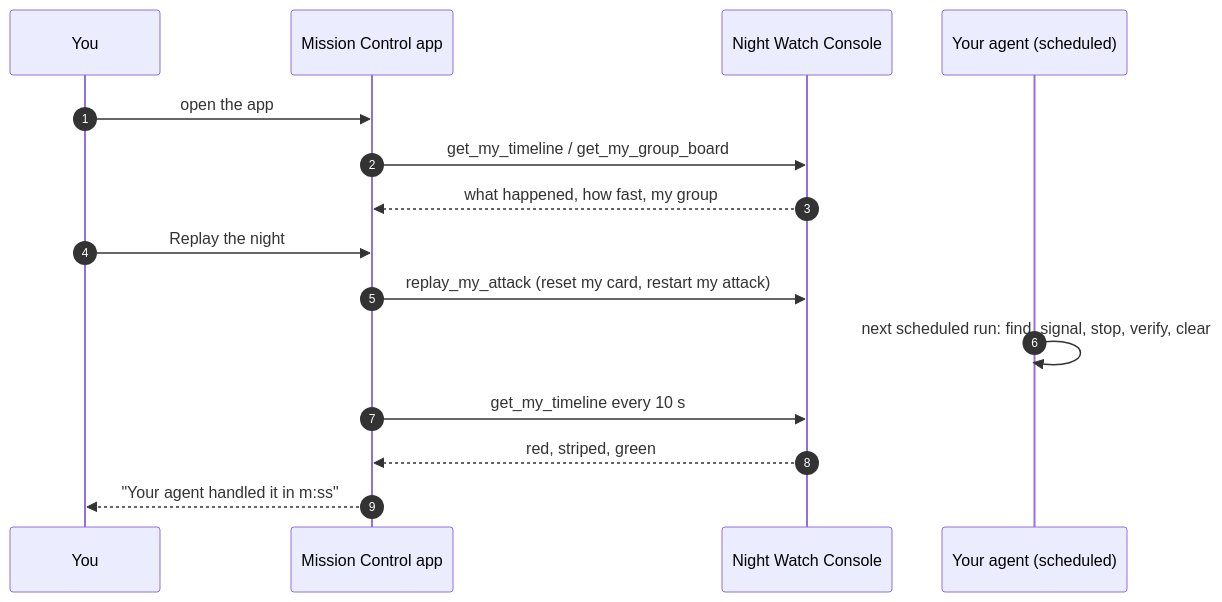
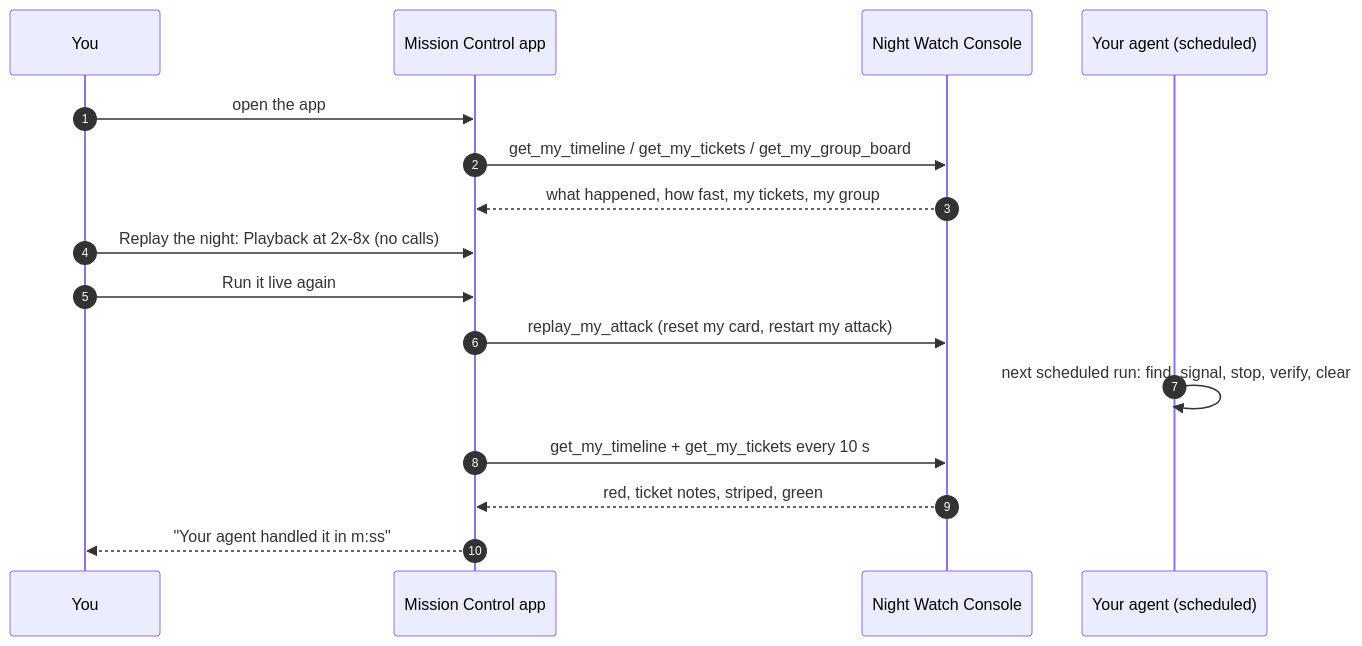
The diagram in docs/part3/index.md (mokuma56/cloud-control-agent-lab-guide), drawn with Mermaid before and after one commit. The commit also changed other lines of this file and 7 other files, not shown here.

Commit message:
Part 3: Mission Control shows Service Desk tickets in the core app and a Replay the night player (Playback 1x-8x with slider, Run it live again); installed apps load data; note that a lane restart starts a new night

````diff
--- a/docs/part3/index.md
+++ b/docs/part3/index.md
@@ -16,17 +18,18 @@
 ```mermaid
 sequenceDiagram
   autonumber
   participant Y as You
   participant M as Mission Control app
   participant C as Night Watch Console
   participant A as Your agent (scheduled)
   Y->>M: open the app
-  M->>C: get_my_timeline / get_my_group_board
-  C-->>M: what happened, how fast, my group
-  Y->>M: Replay the night
+  M->>C: get_my_timeline / get_my_tickets / get_my_group_board
+  C-->>M: what happened, how fast, my tickets, my group
+  Y->>M: Replay the night: Playback at 2x-8x (no calls)
+  Y->>M: Run it live again
   M->>C: replay_my_attack (reset my card, restart my attack)
   A->>A: next scheduled run: find, signal, stop, verify, clear
-  M->>C: get_my_timeline every 10 s
-  C-->>M: red, striped, green
+  M->>C: get_my_timeline + get_my_tickets every 10 s
+  C-->>M: red, ticket notes, striped, green
   M-->>Y: "Your agent handled it in m:ss"
 ```
````
